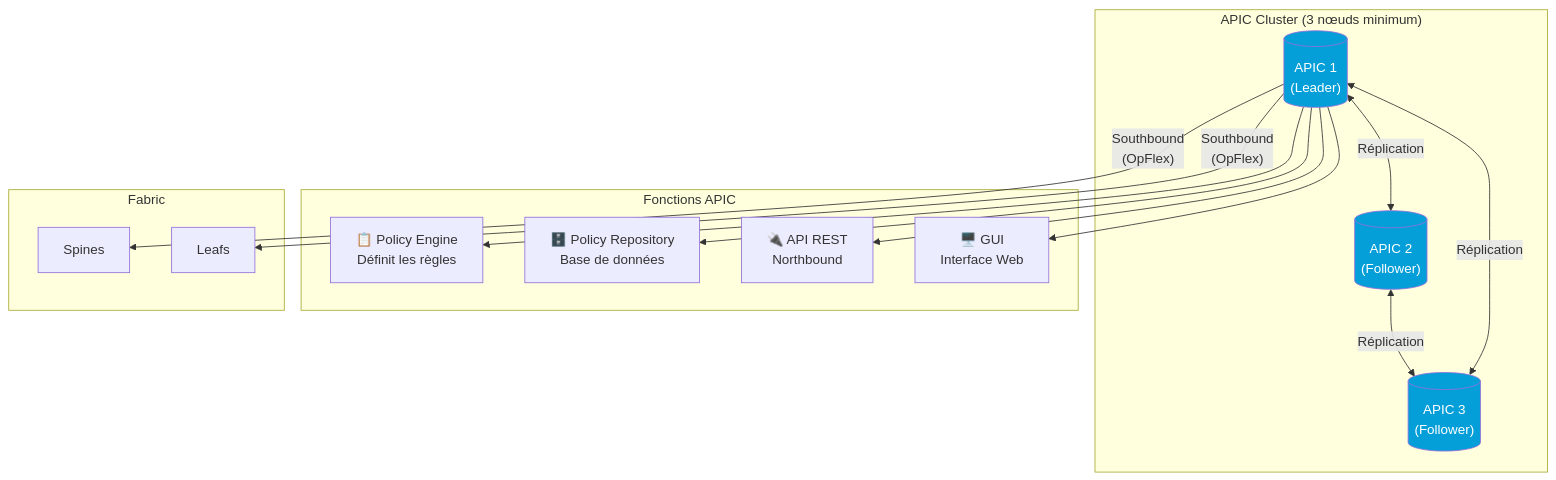
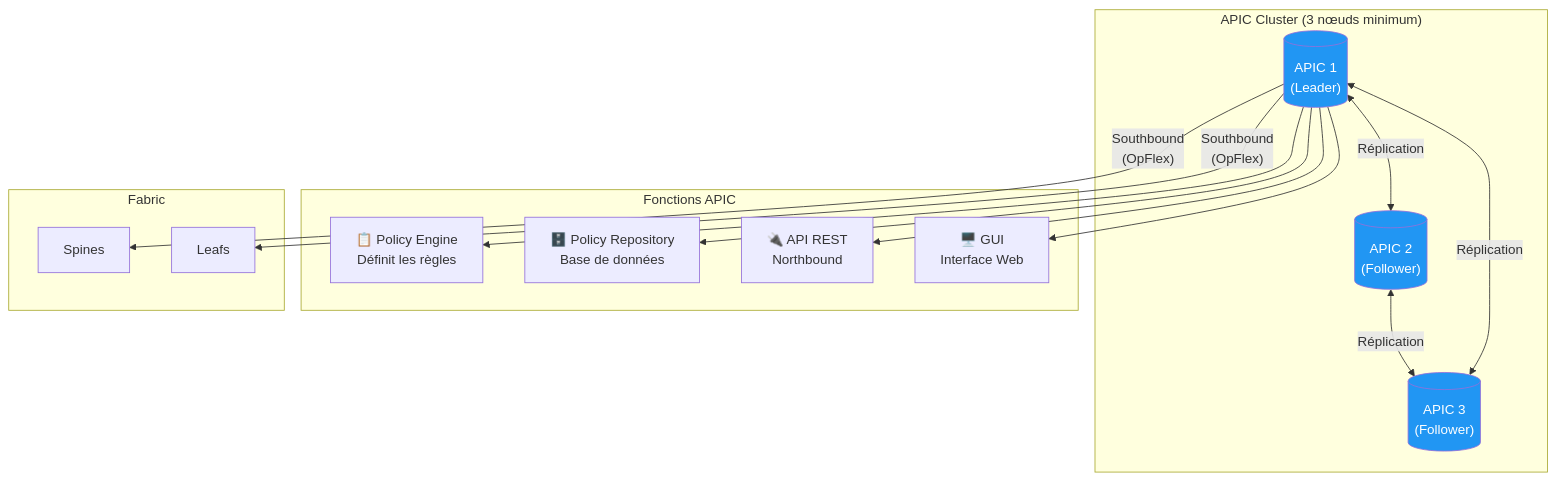
Before and after one commit to VBlackJack/ShellBook: the seventh of 15 diagrams in docs/formations/terraform-aci/02-module.md, drawn with Mermaid. The commit also changed other lines of this file and 337 other files, not shown here.

First line of the commit message:
refactor(docs): Standardize code blocks and Mermaid colors

````diff
--- a/docs/formations/terraform-aci/02-module.md
+++ b/docs/formations/terraform-aci/02-module.md
@@ -283,36 +283,36 @@
 ```mermaid
 graph TB
     subgraph "APIC Cluster (3 nœuds minimum)"
         APIC1[("APIC 1<br/>(Leader)")]
         APIC2[("APIC 2<br/>(Follower)")]
         APIC3[("APIC 3<br/>(Follower)")]
 
         APIC1 <-->|"Réplication"| APIC2
         APIC2 <-->|"Réplication"| APIC3
         APIC3 <-->|"Réplication"| APIC1
     end
 
     subgraph "Fonctions APIC"
         POLICY["📋 Policy Engine<br/>Définit les règles"]
         REPO["🗄️ Policy Repository<br/>Base de données"]
         API["🔌 API REST<br/>Northbound"]
         MGMT["🖥️ GUI<br/>Interface Web"]
     end
 
     APIC1 --> POLICY
     APIC1 --> REPO
     APIC1 --> API
     APIC1 --> MGMT
 
     subgraph "Fabric"
         SPINE[Spines]
         LEAF[Leafs]
     end
 
     APIC1 -->|"Southbound<br/>(OpFlex)"| SPINE
     APIC1 -->|"Southbound<br/>(OpFlex)"| LEAF
 
-    style APIC1 fill:#049fd9,color:#fff
-    style APIC2 fill:#049fd9,color:#fff
-    style APIC3 fill:#049fd9,color:#fff
+    style APIC1 fill:#2196F3,color:#fff
+    style APIC2 fill:#2196F3,color:#fff
+    style APIC3 fill:#2196F3,color:#fff
 ```
````
